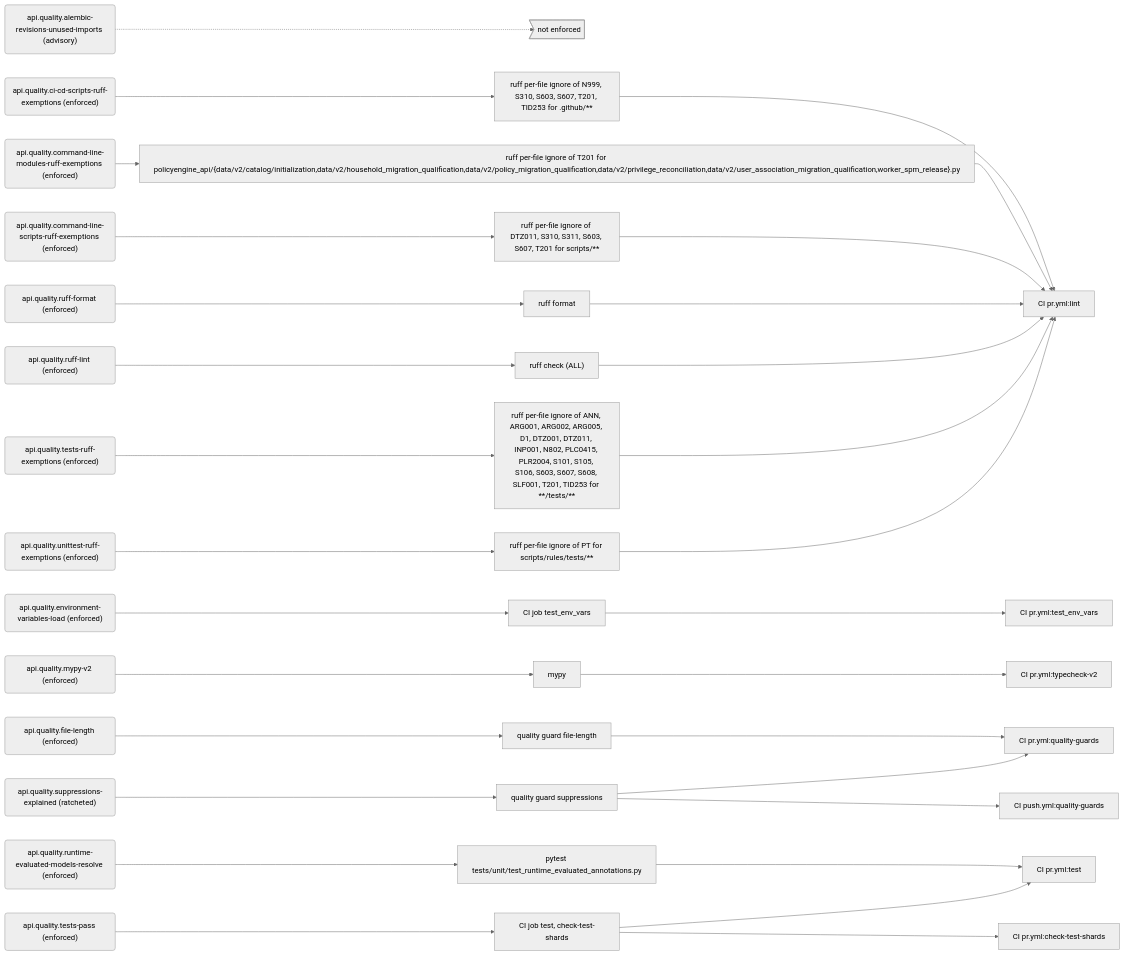
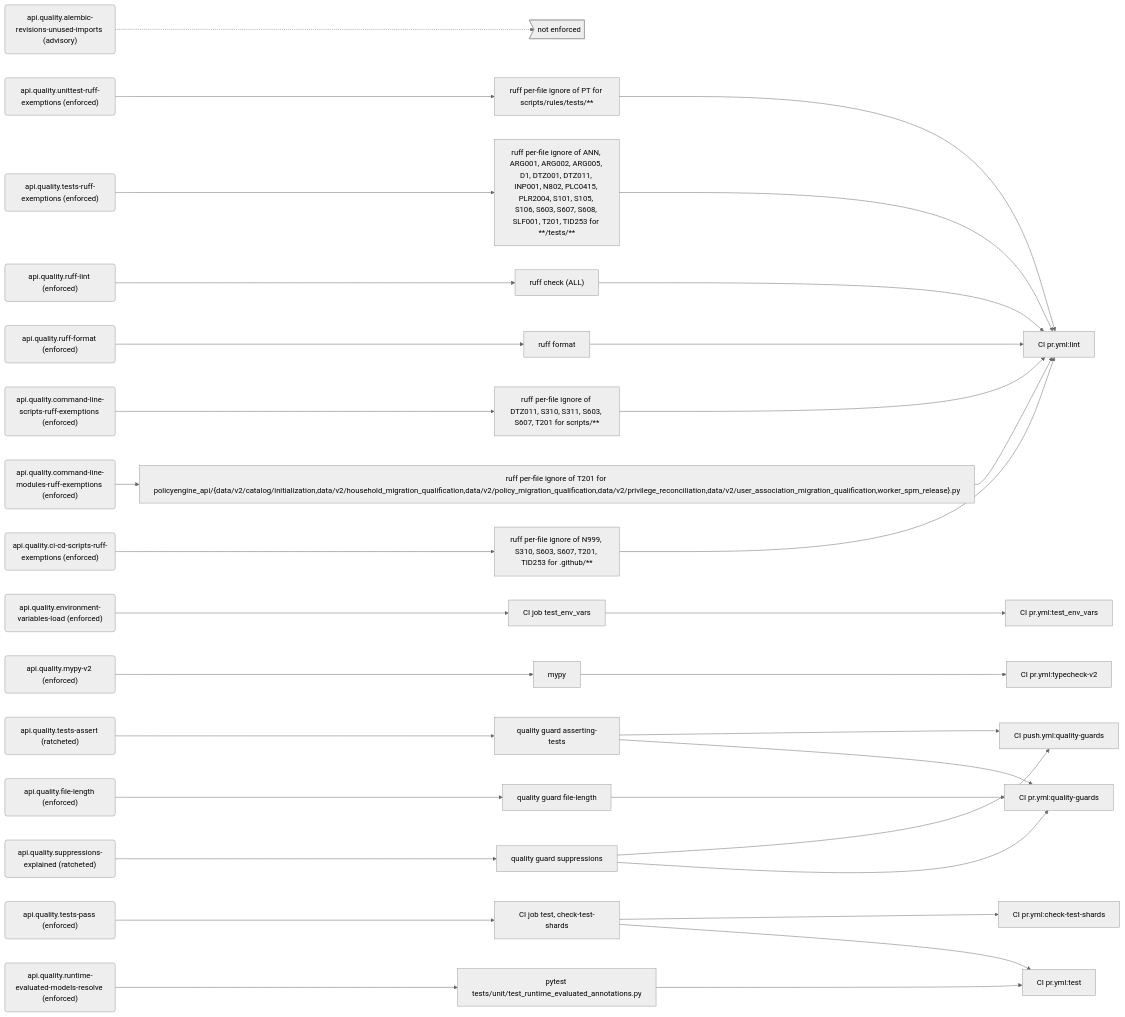
The seventh of 11 diagrams in docs/generated/rules.md (PolicyEngine/policyengine-api), drawn with Mermaid (neutral theme) before and after one commit. The commit also changed other lines of this file and 7 other files, not shown here.

````diff
--- a/docs/generated/rules.md
+++ b/docs/generated/rules.md
@@ -384,67 +386,72 @@
 ```mermaid
 flowchart LR
   r_api_quality_alembic_revisions_unused_imports("api.quality.alembic-revisions-unused-imports (advisory)")
   gap_unenforced>"not enforced"]
   r_api_quality_ci_cd_scripts_ruff_exemptions("api.quality.ci-cd-scripts-ruff-exemptions (enforced)")
   e_ruff_per_file_ignore_of_N999__S310__S603__S607__T201__TID253_for__github___["ruff per-file ignore of N999, S310, S603, S607, T201, TID253 for .github/**"]
   j_CI_pr_yml_lint["CI pr.yml:lint"]
   r_api_quality_command_line_modules_ruff_exemptions("api.quality.command-line-modules-ruff-exemptions (enforced)")
   e_ruff_per_file_ignore_of_T201_for_policyengine_api__data_v2_catalog_initialization_data_v2_household_migration_qualification_data_v2_policy_migration_qualification_data_v2_privilege_reconciliation_data_v2_user_association_migration_qualification_worker_spm_release__py["ruff per-file ignore of T201 for policyengine_api/{data/v2/catalog/initialization,data/v2/household_migration_qualification,data/v2/policy_migration_qualification,data/v2/privilege_reconciliation,data/v2/user_association_migration_qualification,worker_spm_release}.py"]
   r_api_quality_command_line_scripts_ruff_exemptions("api.quality.command-line-scripts-ruff-exemptions (enforced)")
   e_ruff_per_file_ignore_of_DTZ011__S310__S311__S603__S607__T201_for_scripts___["ruff per-file ignore of DTZ011, S310, S311, S603, S607, T201 for scripts/**"]
   r_api_quality_environment_variables_load("api.quality.environment-variables-load (enforced)")
   e_CI_job_test_env_vars["CI job test_env_vars"]
   j_CI_pr_yml_test_env_vars["CI pr.yml:test_env_vars"]
   r_api_quality_file_length("api.quality.file-length (enforced)")
   e_quality_guard_file_length["quality guard file-length"]
   j_CI_pr_yml_quality_guards["CI pr.yml:quality-guards"]
   r_api_quality_mypy_v2("api.quality.mypy-v2 (enforced)")
   e_mypy["mypy"]
   j_CI_pr_yml_typecheck_v2["CI pr.yml:typecheck-v2"]
   r_api_quality_ruff_format("api.quality.ruff-format (enforced)")
   e_ruff_format["ruff format"]
   r_api_quality_ruff_lint("api.quality.ruff-lint (enforced)")
   e_ruff_check__ALL_["ruff check (ALL)"]
   r_api_quality_runtime_evaluated_models_resolve("api.quality.runtime-evaluated-models-resolve (enforced)")
   e_pytest_tests_unit_test_runtime_evaluated_annotations_py["pytest tests/unit/test_runtime_evaluated_annotations.py"]
   j_CI_pr_yml_test["CI pr.yml:test"]
   r_api_quality_suppressions_explained("api.quality.suppressions-explained (ratcheted)")
   e_quality_guard_suppressions["quality guard suppressions"]
   j_CI_push_yml_quality_guards["CI push.yml:quality-guards"]
+  r_api_quality_tests_assert("api.quality.tests-assert (ratcheted)")
+  e_quality_guard_asserting_tests["quality guard asserting-tests"]
   r_api_quality_tests_pass("api.quality.tests-pass (enforced)")
   e_CI_job_test__check_test_shards["CI job test, check-test-shards"]
   j_CI_pr_yml_check_test_shards["CI pr.yml:check-test-shards"]
   r_api_quality_tests_ruff_exemptions("api.quality.tests-ruff-exemptions (enforced)")
   e_ruff_per_file_ignore_of_ANN__ARG001__ARG002__ARG005__D1__DTZ001__DTZ011__INP001__N802__PLC0415__PLR2004__S101__S105__S106__S603__S607__S608__SLF001__T201__TID253_for____tests___["ruff per-file ignore of ANN, ARG001, ARG002, ARG005, D1, DTZ001, DTZ011, INP001, N802, PLC0415, PLR2004, S101, S105, S106, S603, S607, S608, SLF001, T201, TID253 for **/tests/**"]
   r_api_quality_unittest_ruff_exemptions("api.quality.unittest-ruff-exemptions (enforced)")
   e_ruff_per_file_ignore_of_PT_for_scripts_rules_tests___["ruff per-file ignore of PT for scripts/rules/tests/**"]
   r_api_quality_alembic_revisions_unused_imports -.-> gap_unenforced
   r_api_quality_ci_cd_scripts_ruff_exemptions --> e_ruff_per_file_ignore_of_N999__S310__S603__S607__T201__TID253_for__github___
   e_ruff_per_file_ignore_of_N999__S310__S603__S607__T201__TID253_for__github___ --> j_CI_pr_yml_lint
   r_api_quality_command_line_modules_ruff_exemptions --> e_ruff_per_file_ignore_of_T201_for_policyengine_api__data_v2_catalog_initialization_data_v2_household_migration_qualification_data_v2_policy_migration_qualification_data_v2_privilege_reconciliation_data_v2_user_association_migration_qualification_worker_spm_release__py
   e_ruff_per_file_ignore_of_T201_for_policyengine_api__data_v2_catalog_initialization_data_v2_household_migration_qualification_data_v2_policy_migration_qualification_data_v2_privilege_reconciliation_data_v2_user_association_migration_qualification_worker_spm_release__py --> j_CI_pr_yml_lint
   r_api_quality_command_line_scripts_ruff_exemptions --> e_ruff_per_file_ignore_of_DTZ011__S310__S311__S603__S607__T201_for_scripts___
   e_ruff_per_file_ignore_of_DTZ011__S310__S311__S603__S607__T201_for_scripts___ --> j_CI_pr_yml_lint
   r_api_quality_environment_variables_load --> e_CI_job_test_env_vars
   e_CI_job_test_env_vars --> j_CI_pr_yml_test_env_vars
   r_api_quality_file_length --> e_quality_guard_file_length
   e_quality_guard_file_length --> j_CI_pr_yml_quality_guards
   r_api_quality_mypy_v2 --> e_mypy
   e_mypy --> j_CI_pr_yml_typecheck_v2
   r_api_quality_ruff_format --> e_ruff_format
   e_ruff_format --> j_CI_pr_yml_lint
   r_api_quality_ruff_lint --> e_ruff_check__ALL_
   e_ruff_check__ALL_ --> j_CI_pr_yml_lint
   r_api_quality_runtime_evaluated_models_resolve --> e_pytest_tests_unit_test_runtime_evaluated_annotations_py
   e_pytest_tests_unit_test_runtime_evaluated_annotations_py --> j_CI_pr_yml_test
   r_api_quality_suppressions_explained --> e_quality_guard_suppressions
   e_quality_guard_suppressions --> j_CI_pr_yml_quality_guards
   e_quality_guard_suppressions --> j_CI_push_yml_quality_guards
+  r_api_quality_tests_assert --> e_quality_guard_asserting_tests
+  e_quality_guard_asserting_tests --> j_CI_pr_yml_quality_guards
+  e_quality_guard_asserting_tests --> j_CI_push_yml_quality_guards
   r_api_quality_tests_pass --> e_CI_job_test__check_test_shards
   e_CI_job_test__check_test_shards --> j_CI_pr_yml_test
   e_CI_job_test__check_test_shards --> j_CI_pr_yml_check_test_shards
   r_api_quality_tests_ruff_exemptions --> e_ruff_per_file_ignore_of_ANN__ARG001__ARG002__ARG005__D1__DTZ001__DTZ011__INP001__N802__PLC0415__PLR2004__S101__S105__S106__S603__S607__S608__SLF001__T201__TID253_for____tests___
   e_ruff_per_file_ignore_of_ANN__ARG001__ARG002__ARG005__D1__DTZ001__DTZ011__INP001__N802__PLC0415__PLR2004__S101__S105__S106__S603__S607__S608__SLF001__T201__TID253_for____tests___ --> j_CI_pr_yml_lint
   r_api_quality_unittest_ruff_exemptions --> e_ruff_per_file_ignore_of_PT_for_scripts_rules_tests___
   e_ruff_per_file_ignore_of_PT_for_scripts_rules_tests___ --> j_CI_pr_yml_lint
 ```
````
